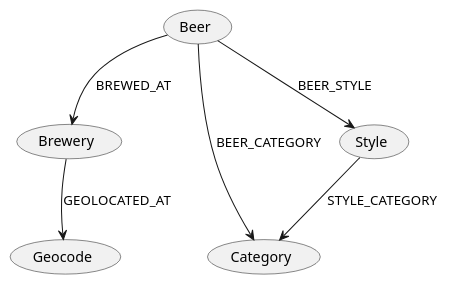
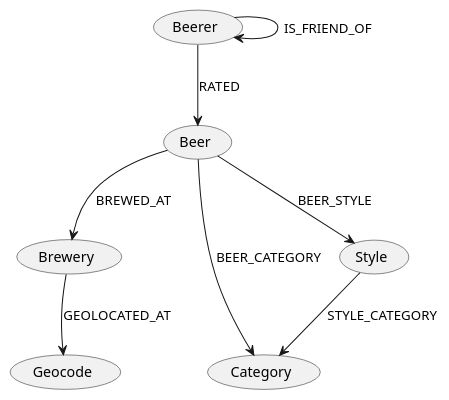
Before and after one commit to aicfr/neo4j-openbeerdb: the diagram in neo4j-openbeerdb.puml, drawn with PlantUML. The commit also changed 1 other file, not shown here.

Commit message:
Add beerer

```diff
--- a/neo4j-openbeerdb.puml
+++ b/neo4j-openbeerdb.puml
@@ -1,7 +1,9 @@
 @startuml openbeerdb
+(Beerer) --> (Beer) : RATED
+(Beerer) --> (Beerer) : IS_FRIEND_OF
 (Beer) --> (Brewery) : BREWED_AT
 (Beer) --> (Category) : BEER_CATEGORY
 (Beer) --> (Style) : BEER_STYLE
 (Style) --> (Category) : STYLE_CATEGORY
 (Brewery) --> (Geocode) : GEOLOCATED_AT
 @enduml
```
